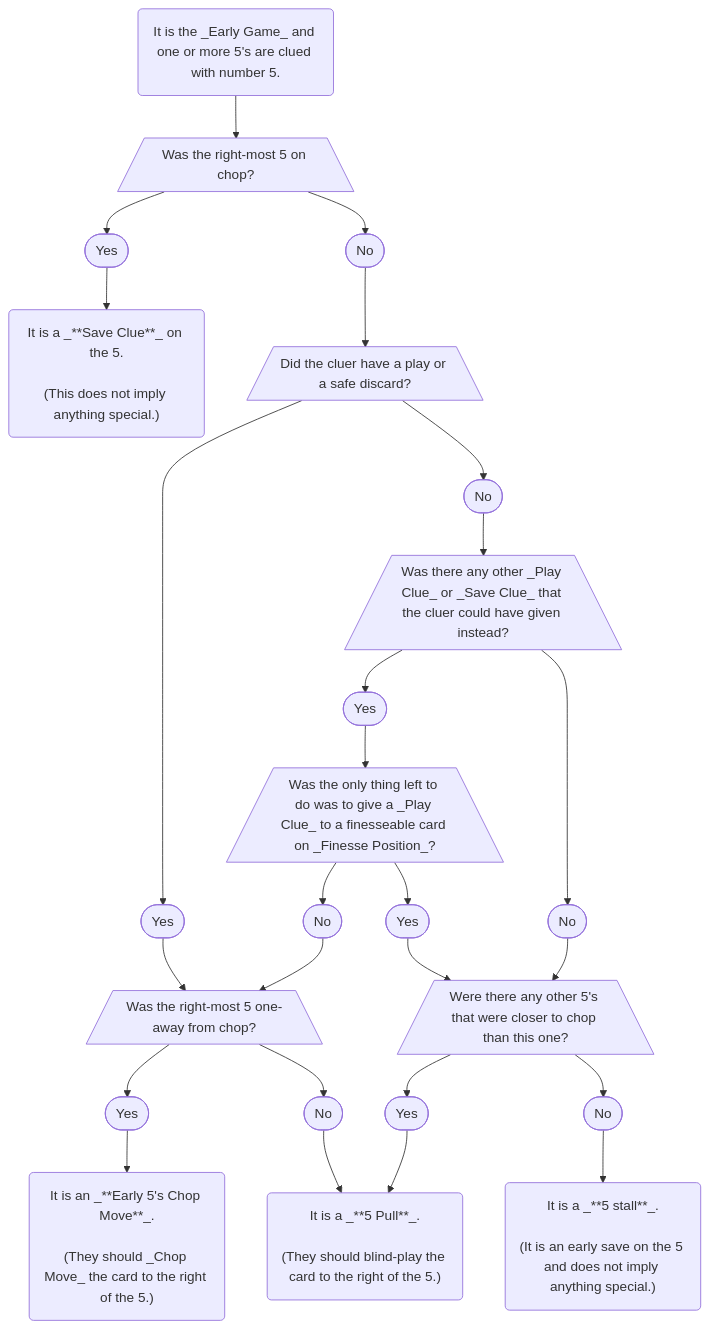
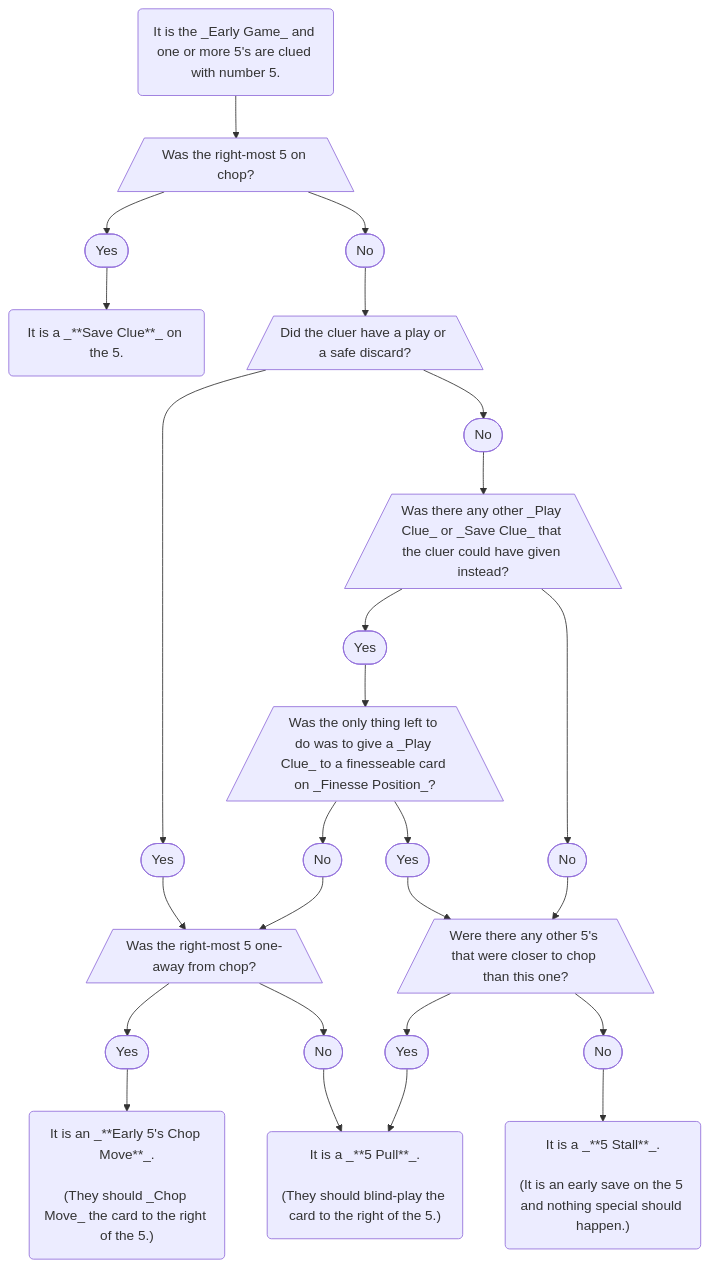
Before and after one commit to hanabi/hanabi.github.io: the diagram in docs/level-19.mdx, drawn with Mermaid.

````diff
--- a/docs/level-19.mdx
+++ b/docs/level-19.mdx
@@ -208,58 +208,58 @@
 ```mermaid
 flowchart TD;
 
 S(It is the _Early Game_ and one or more 5's are clued with number 5.)
 D1[/Was the right-most 5 on chop?\]
 D1Y([Yes])
 D1N([No])
-D1YL("It is a _**Save Clue**_ on the 5.<br/ ><br/ >(This does not imply anything special.)")
+D1YL("It is a _**Save Clue**_ on the 5.")
 D2[/Did the cluer have a play or a safe discard?\]
 D2Y([Yes])
 D2N([No])
 D3[/Was there any other _Play Clue_ or _Save Clue_ that the cluer could have given instead?\]
 D3Y([Yes])
 D3N([No])
 D4[/Was the only thing left to do was to give a _Play Clue_ to a finesseable card on _Finesse Position_?\]
 D4Y([Yes])
 D4N([No])
 D5[/Were there any other 5's that were closer to chop than this one?\]
 D5Y([Yes])
 D5N([No])
-D5NL("It is a _**5 stall**_.<br/ ><br/ >(It is an early save on the 5 and does not imply anything special.)")
+D5NL("It is a _**5 Stall**_.<br/ ><br/ >(It is an early save on the 5 and nothing special should happen.)")
 D6[/Was the right-most 5 one-away from chop?\]
 D6Y([Yes])
 D6N([No])
 D6YL("It is an _**Early 5's Chop Move**_.<br/ ><br/ >(They should _Chop Move_ the card to the right of the 5.)")
 D6NL("It is a _**5 Pull**_.<br/ ><br/ >(They should blind-play the card to the right of the 5.)")
 
 class D1Y,D2Y,D3Y,D4Y,D5Y,D6Y node-yes
 class D1N,D2N,D3N,D4N,D5N,D6N node-no
 class D1,D2,D3,D4,D5,D6 node-dec
 class S,D1YL,D6NL,D5NL,D6YL node-act
 
 S --> D1;
 D1 --> D1Y;
 D1 --> D1N;
 D1Y --> D1YL;
 D1N --> D2;
 D2 --> D2Y;
 D2 --> D2N;
 D2Y --> D6;
 D2N --> D3;
 D3 --> D3Y;
 D3 --> D3N;
 D3Y --> D4;
 D3N --> D5;
 D4 --> D4N;
 D4 --> D4Y;
 D4Y --> D5;
 D4N --> D6;
 D5 --> D5Y;
 D5 --> D5N;
 D5Y --> D6NL;
 D5N --> D5NL;
 D6 --> D6Y;
 D6 --> D6N;
 D6Y --> D6YL;
 D6N --> D6NL;
 ```
````
